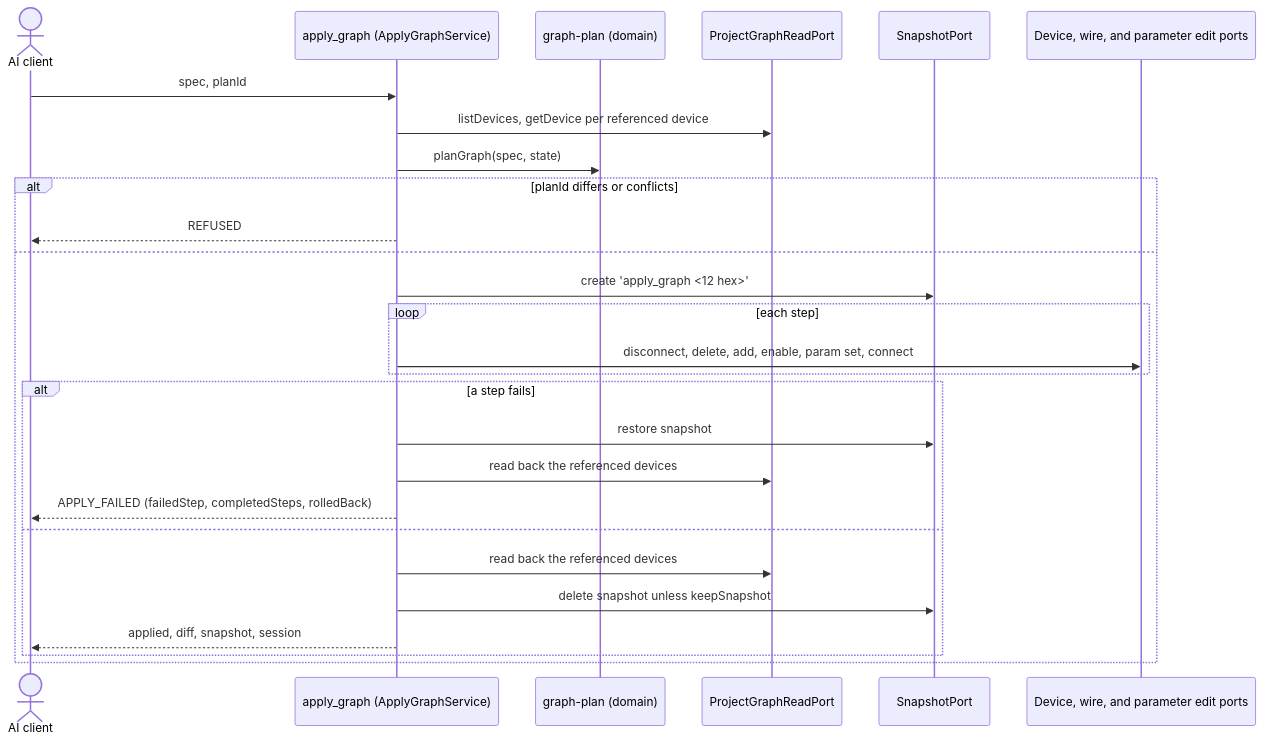
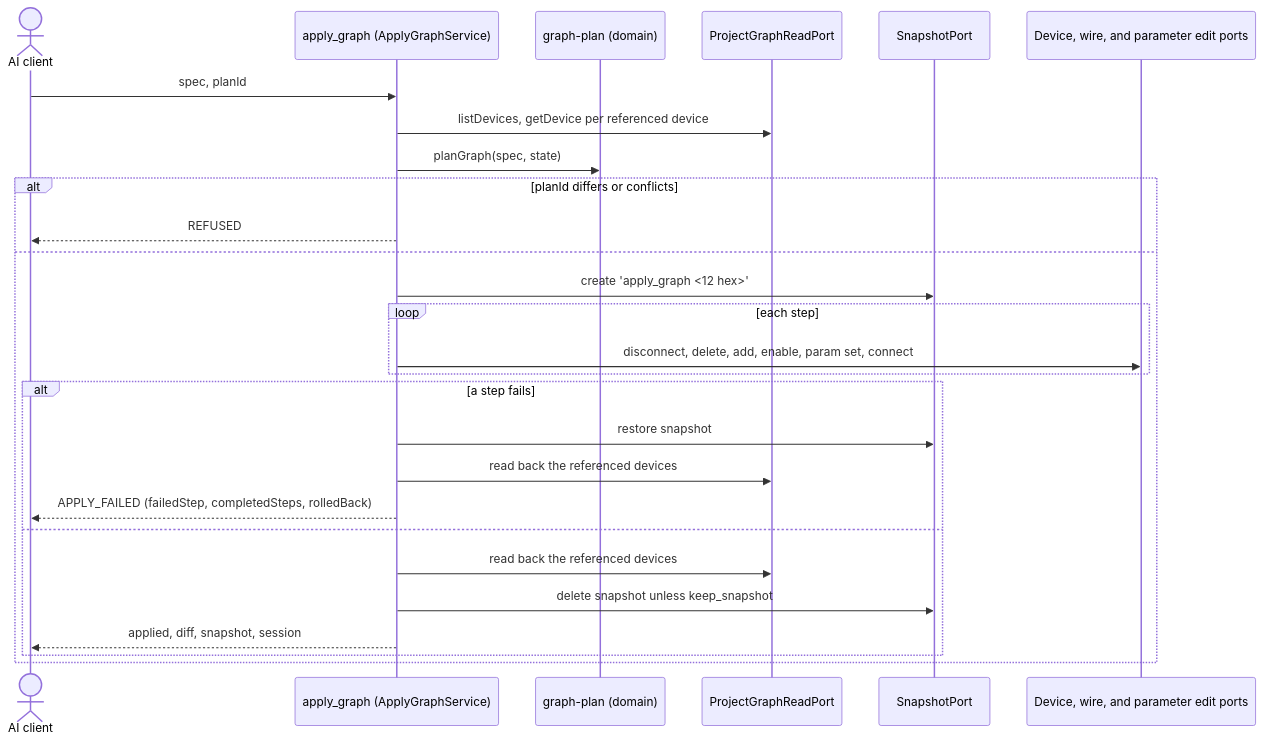
One commit to pveeckhout/worldmachine-mcp changed the diagram in docs/superpowers/specs/2026-10-06-worldmachine-mcp-v3-design.md. Above: the diagram before and after it, drawn with Mermaid. The commit also changed other lines of this file and 1 other file, not shown here.

````diff
--- a/docs/superpowers/specs/2026-10-06-worldmachine-mcp-v3-design.md
+++ b/docs/superpowers/specs/2026-10-06-worldmachine-mcp-v3-design.md
@@ -153,29 +159,29 @@
 ```mermaid
 sequenceDiagram
   actor AI as AI client
   participant A as apply_graph (ApplyGraphService)
   participant D as graph-plan (domain)
   participant R as ProjectGraphReadPort
   participant S as SnapshotPort
   participant E as Device, wire, and parameter edit ports
   AI->>A: spec, planId
   A->>R: listDevices, getDevice per referenced device
   A->>D: planGraph(spec, state)
   alt planId differs or conflicts
     A-->>AI: REFUSED
   else
     A->>S: create 'apply_graph <12 hex>'
     loop each step
       A->>E: disconnect, delete, add, enable, param set, connect
     end
     alt a step fails
       A->>S: restore snapshot
       A->>R: read back the referenced devices
       A-->>AI: APPLY_FAILED (failedStep, completedSteps, rolledBack)
     else
       A->>R: read back the referenced devices
-      A->>S: delete snapshot unless keepSnapshot
+      A->>S: delete snapshot unless keep_snapshot
       A-->>AI: applied, diff, snapshot, session
     end
   end
 ```
````
